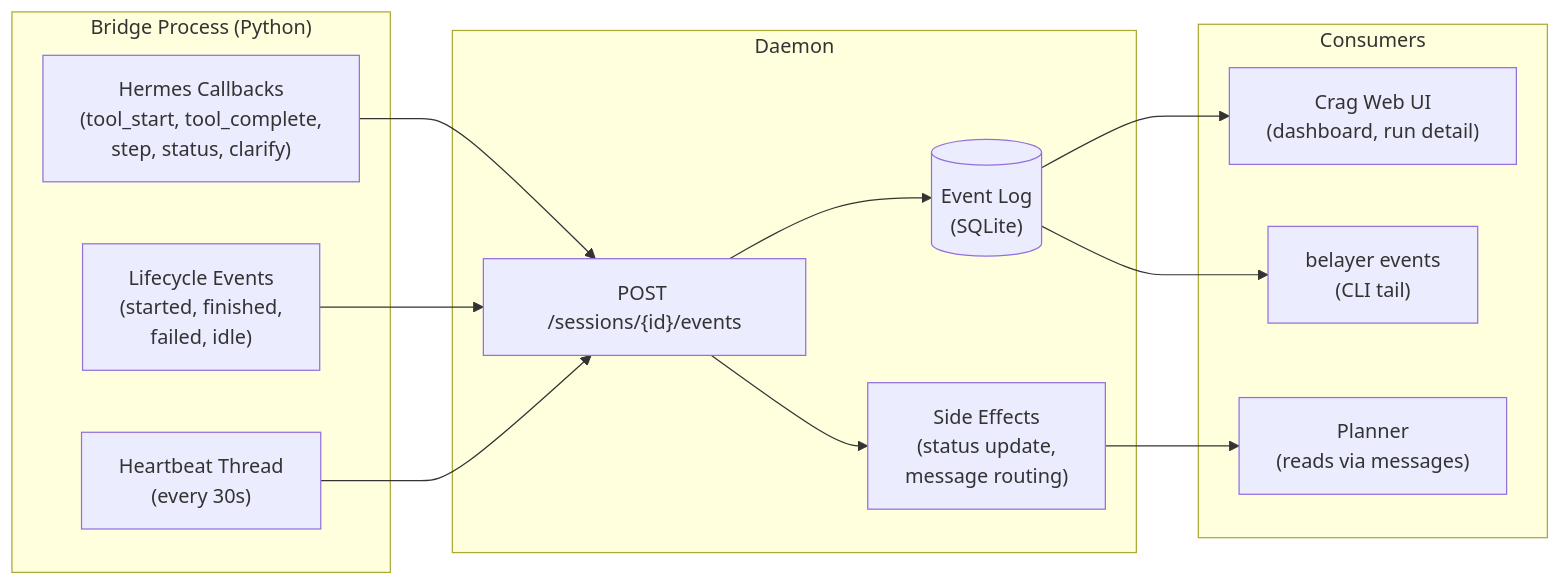
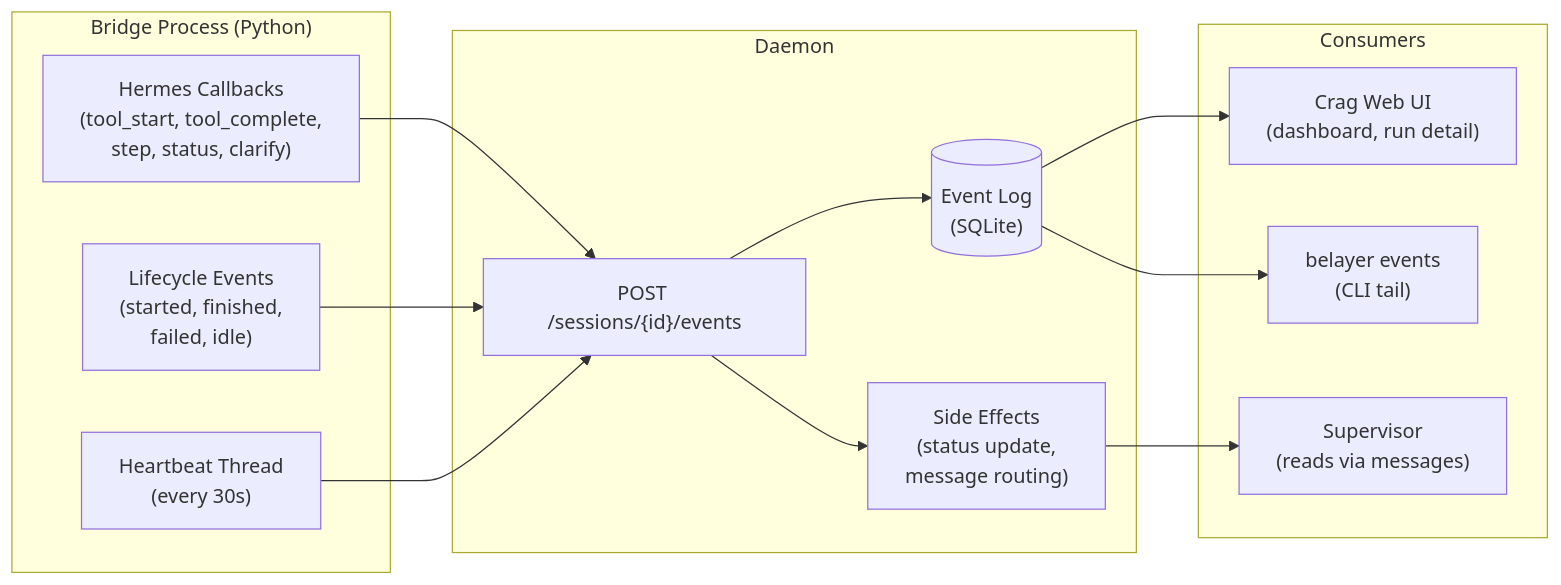
Before and after one commit to donovan-yohan/belayer: the seventh of 11 diagrams in docs/AGENT_ARCHITECTURE.md, drawn with Mermaid. The commit also changed other lines of this file and 2 other files, not shown here.

First line of the commit message:
docs: update architecture docs and prompts for supervisor rename and tool gating

````diff
--- a/docs/AGENT_ARCHITECTURE.md
+++ b/docs/AGENT_ARCHITECTURE.md
@@ -228,29 +228,29 @@
 ```mermaid
 flowchart LR
     subgraph bridge["Bridge Process (Python)"]
         callbacks["Hermes Callbacks\n(tool_start, tool_complete,\nstep, status, clarify)"]
         lifecycle["Lifecycle Events\n(started, finished,\nfailed, idle)"]
         heartbeat["Heartbeat Thread\n(every 30s)"]
     end
 
     subgraph daemon["Daemon"]
         events_api["POST /sessions/{id}/events"]
         event_store[("Event Log\n(SQLite)")]
         side_effects["Side Effects\n(status update,\nmessage routing)"]
     end
 
     subgraph consumers["Consumers"]
         crag["Crag Web UI\n(dashboard, run detail)"]
         cli["belayer events\n(CLI tail)"]
-        planner_obs["Planner\n(reads via messages)"]
+        supervisor_obs["Supervisor\n(reads via messages)"]
     end
 
     callbacks --> events_api
     lifecycle --> events_api
     heartbeat --> events_api
     events_api --> event_store
     events_api --> side_effects
     event_store --> crag
     event_store --> cli
-    side_effects --> planner_obs
+    side_effects --> supervisor_obs
 ```
````
